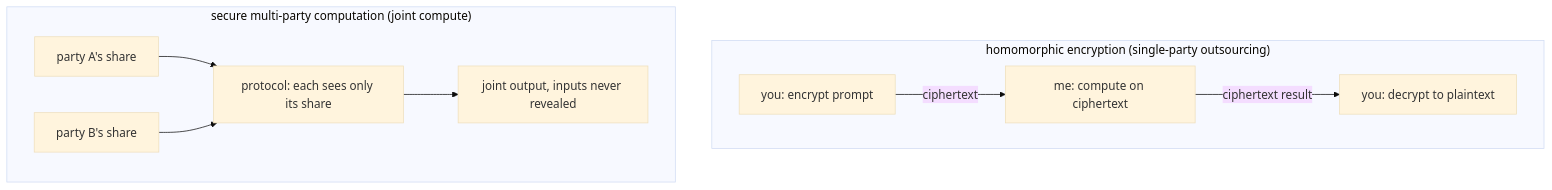
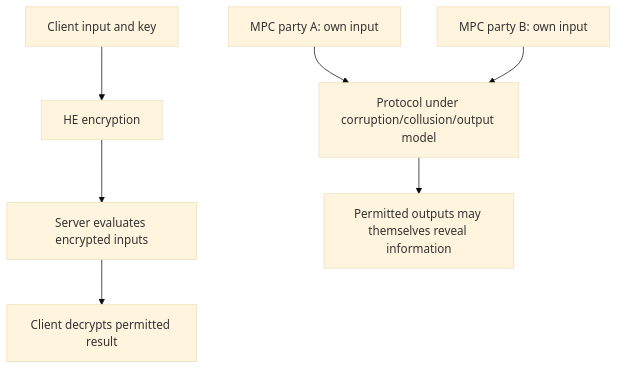
One commit to XuebinMa/AIWiki changed the diagram in i18n/en/docusaurus-plugin-content-docs-privacy/current/01-foundations/he-mpc.mdx. Above: the diagram before and after it, drawn with Mermaid (base theme). The commit also changed other lines of this file and 325 other files, not shown here.

````diff
--- a/i18n/en/docusaurus-plugin-content-docs-privacy/current/01-foundations/he-mpc.mdx
+++ b/i18n/en/docusaurus-plugin-content-docs-privacy/current/01-foundations/he-mpc.mdx
@@ -33,12 +32,9 @@
 ```mermaid
 flowchart TB
-    subgraph HE["homomorphic encryption (single-party outsourcing)"]
-      U1["you: encrypt prompt"] -->|ciphertext| Srv["me: compute on ciphertext"]
-      Srv -->|ciphertext result| U1b["you: decrypt to plaintext"]
-    end
-    subgraph MPC["secure multi-party computation (joint compute)"]
-      A["party A's share"] --> F["protocol: each sees only its share"]
-      B["party B's share"] --> F
-      F --> O["joint output, inputs never revealed"]
-    end
+    U["Client input and key"] --> C["HE encryption"]
+    C --> H["Server evaluates encrypted inputs"]
+    H --> D["Client decrypts permitted result"]
+    A["MPC party A: own input"] --> P["Protocol under corruption/collusion/output model"]
+    B["MPC party B: own input"] --> P
+    P --> O["Permitted outputs may themselves reveal information"]
 ```
````
